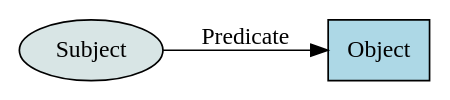
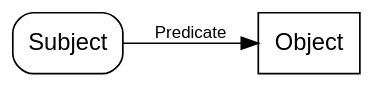
Before and after one commit to GNOME/tinysparql: the diagram in docs/reference/libtracker-sparql/images/triple-graph-1.dot, drawn with Graphviz. The commit also changed 10 other files, not shown here.

```diff
--- a/docs/reference/libtracker-sparql/images/triple-graph-1.dot
+++ b/docs/reference/libtracker-sparql/images/triple-graph-1.dot
@@ -1,9 +1,9 @@
 digraph G {
   rankdir=LR;
-  graph [bgcolor="#00000000"];
-  node [fontname="Cantarell", style="filled", shape="ellipse", color="#000000", fillcolor="#d8e5e5"]; Subject;
-  node [shape="rectangle", color="#000000", fillcolor="#add8e6"]; Object;
-  edge [fontname="Cantarell"];
+  bgcolor=transparent;
+  node [shape="box", border=0, fontname="sans-serif"]; Object;
+  node [shape="box", style="rounded", border=0, fontname="sans-serif"]; Subject;
+  edge [fontname="sans-serif", fontsize=10];
 
   Subject -> Object [label=Predicate];
 }
```
